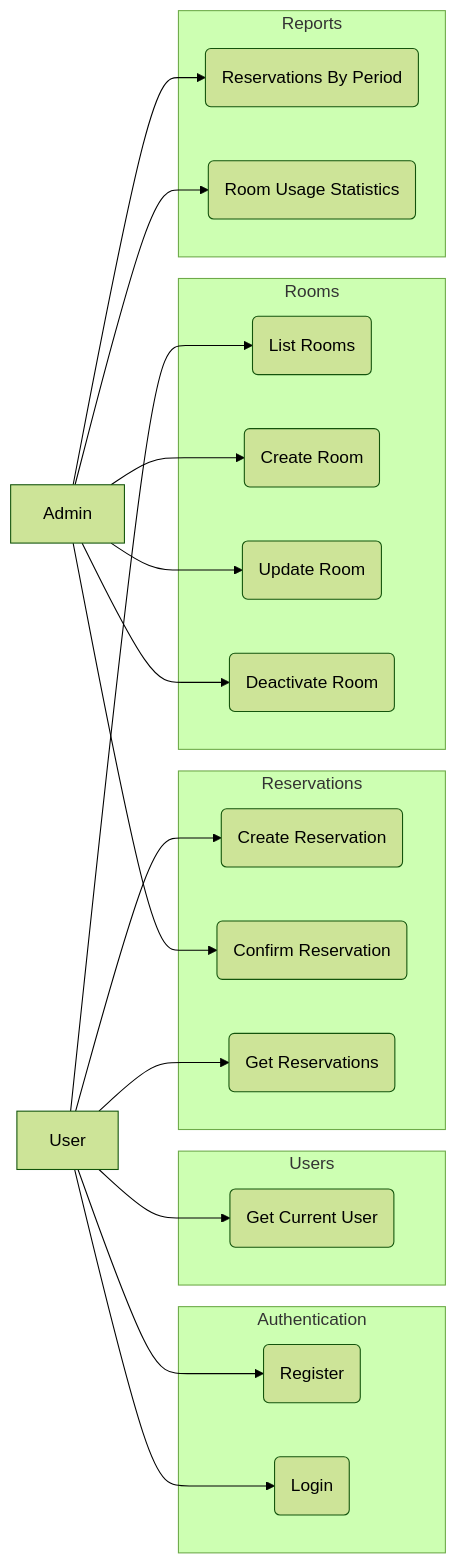
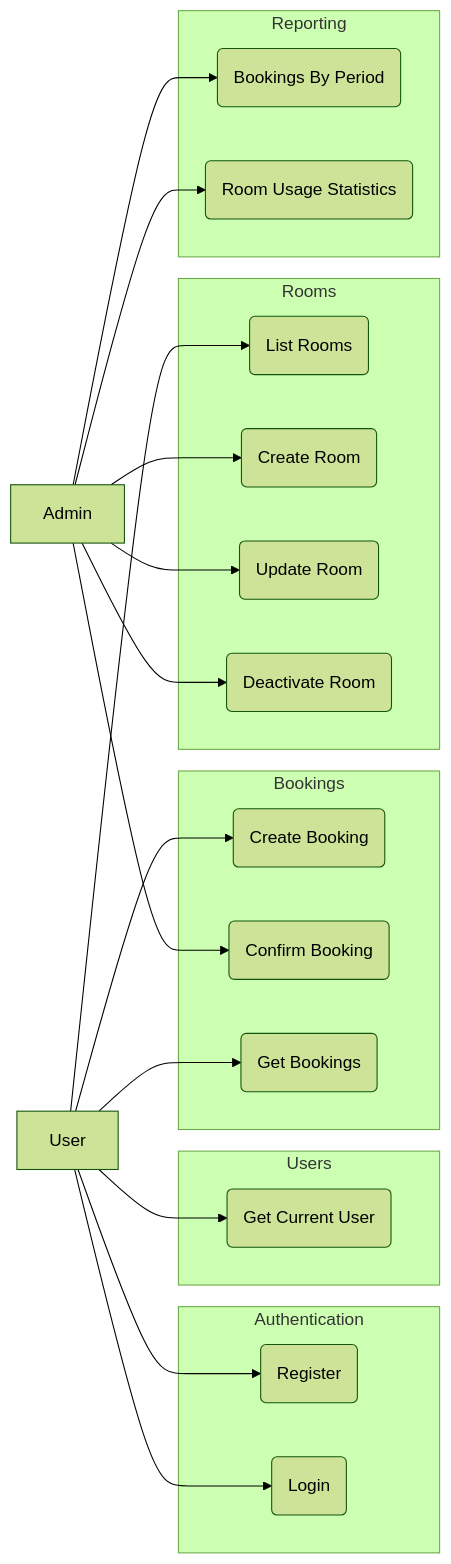
Before and after one commit to gabrielrabreu/room-booking: the diagram in docs/use-cases.md, drawn with Mermaid (forest theme). The commit also changed 45 other files, not shown here.

````diff
--- a/docs/use-cases.md
+++ b/docs/use-cases.md
@@ -3,51 +3,51 @@
 ```mermaid
 flowchart LR
 
     User[User]
     Admin[Admin]
 
     subgraph Authentication
         UC1(Register)
         UC2(Login)
     end
 
     subgraph Users
         UC3(Get Current User)
     end
 
     subgraph Rooms
         UC4(List Rooms)
         UC5(Create Room)
         UC6(Update Room)
         UC7(Deactivate Room)
     end
 
-    subgraph Reservations
-        UC8(Create Reservation)
-        UC9(Confirm Reservation)
-        UC10(Get Reservations)
+    subgraph Bookings
+        UC8(Create Booking)
+        UC9(Confirm Booking)
+        UC10(Get Bookings)
     end
 
-    subgraph Reports
-        UC11(Reservations By Period)
+    subgraph Reporting
+        UC11(Bookings By Period)
         UC12(Room Usage Statistics)
     end
 
     User --> UC1
     User --> UC2
 
     User --> UC3
 
     User --> UC4
     User --> UC8
     User --> UC10
 
     Admin --> UC5
     Admin --> UC6
     Admin --> UC7
 
     Admin --> UC9
 
     Admin --> UC11
     Admin --> UC12
 ```
````
